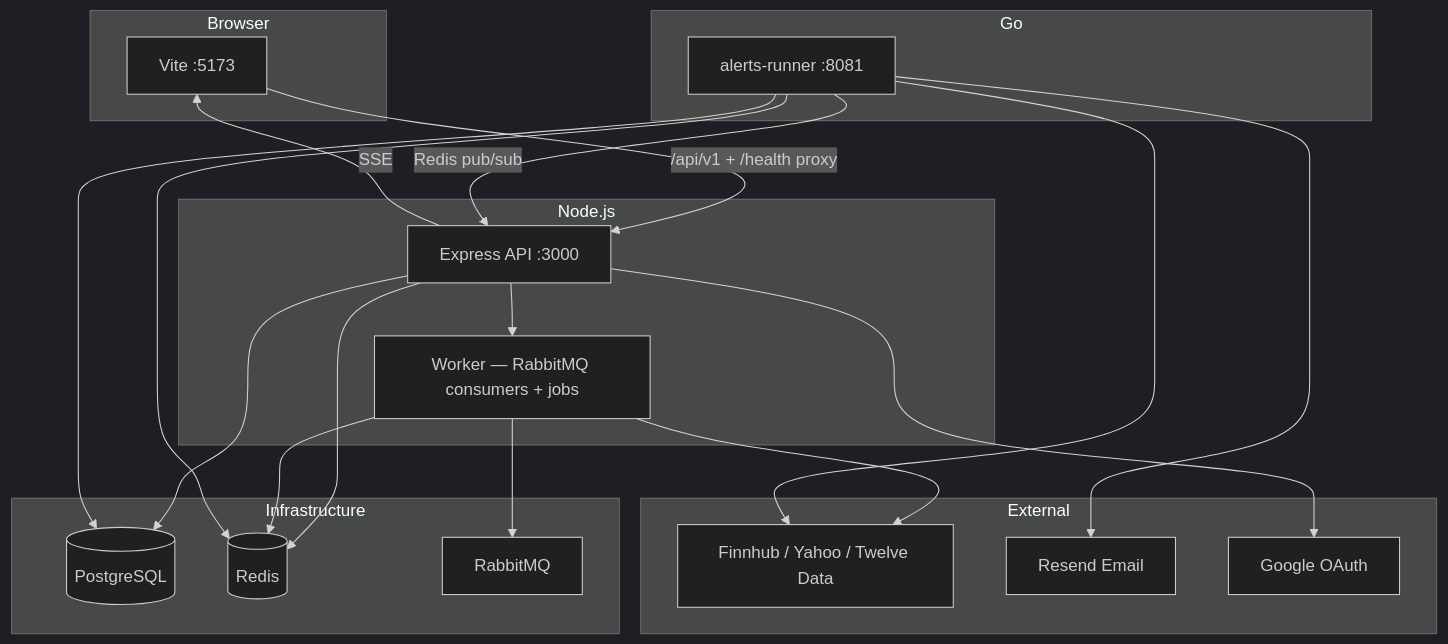
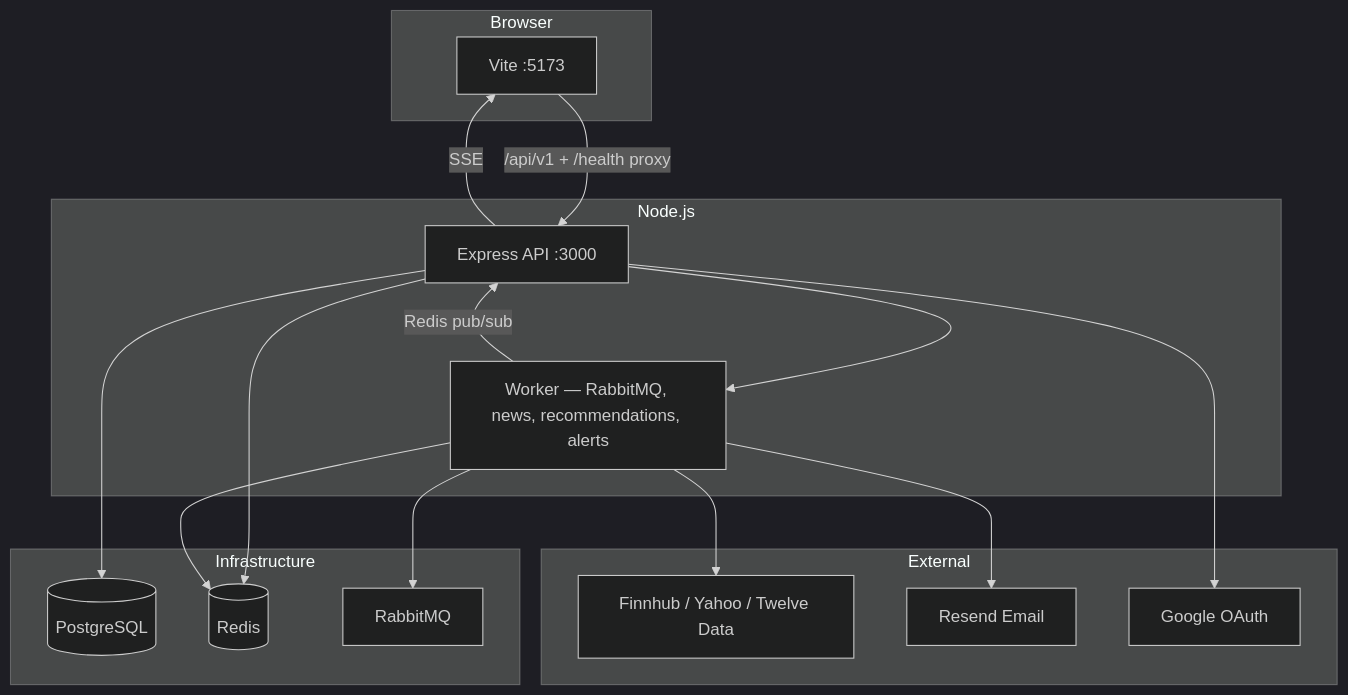
One commit to orimazrafi/trading-signal changed the diagram in README.md. Above: the diagram before and after it, drawn with Mermaid (dark theme). The commit also changed other lines of this file and 43 other files, not shown here.

````diff
--- a/README.md
+++ b/README.md
@@ -72,42 +71,35 @@
 ```mermaid
 flowchart TB
   subgraph browser [Browser]
     Client[Vite :5173]
   end
 
   subgraph node [Node.js]
     Server[Express API :3000]
-    Worker[Worker — RabbitMQ consumers + jobs]
-  end
-
-  subgraph go [Go]
-    AlertsRunner[alerts-runner :8081]
+    Worker[Worker — RabbitMQ, news, recommendations, alerts]
   end
 
   subgraph data [Infrastructure]
     PG[(PostgreSQL)]
     Redis[(Redis)]
     RMQ[RabbitMQ]
   end
 
   subgraph external [External]
     Finnhub[Finnhub / Yahoo / Twelve Data]
     Resend[Resend Email]
     Google[Google OAuth]
   end
 
   Client -->|/api/v1 + /health proxy| Server
   Server --> PG
   Server --> Redis
   Server --> Worker
   Worker --> RMQ
   Worker --> Redis
   Worker --> Finnhub
-  AlertsRunner --> PG
-  AlertsRunner --> Redis
-  AlertsRunner --> Finnhub
-  AlertsRunner --> Resend
+  Worker --> Resend
+  Worker -->|Redis pub/sub| Server
   Server --> Google
-  AlertsRunner -->|Redis pub/sub| Server
   Server -->|SSE| Client
 ```
````
